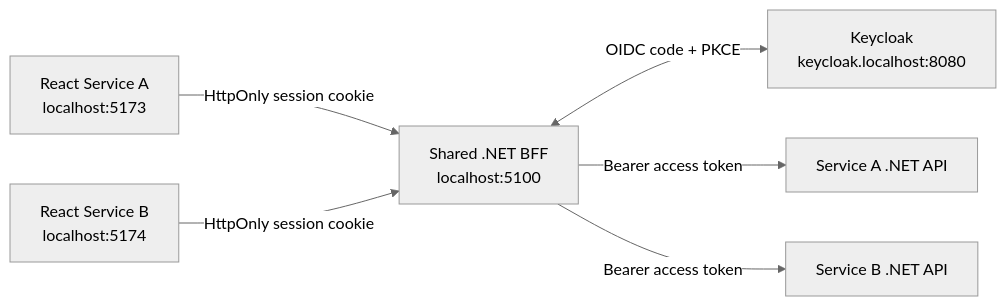
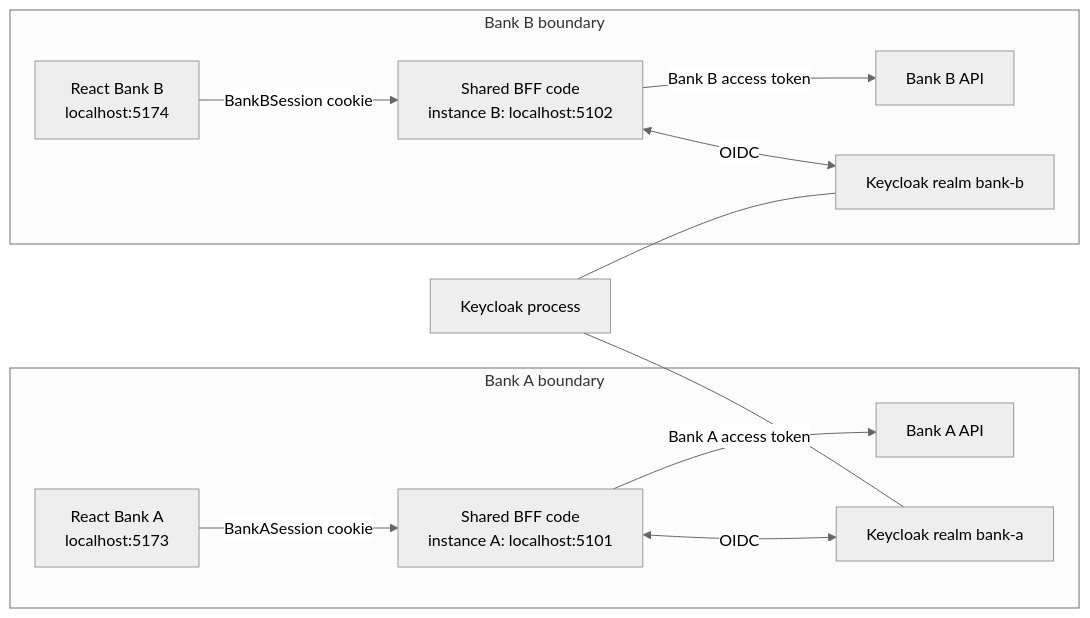
The diagram in README.md (Ankur-Winter/BillPay-BFF-Poc), drawn with Mermaid (neutral theme) before and after one commit. The commit also changed other lines of this file and 15 other files, not shown here.

Commit message:
Isolate Bank A and Bank B BFF sessions

```diff
--- a/README.md
+++ b/README.md
@@ -7,8 +7,16 @@
 ~~~mermaid
 flowchart LR
-  A["React Service A<br/>localhost:5173"] -->|"HttpOnly session cookie"| BFF["Shared .NET BFF<br/>localhost:5100"]
-  B["React Service B<br/>localhost:5174"] -->|"HttpOnly session cookie"| BFF
-  BFF <-->|"OIDC code + PKCE"| IDP["Keycloak<br/>keycloak.localhost:8080"]
-  BFF -->|"Bearer access token"| APIA["Service A .NET API"]
-  BFF -->|"Bearer access token"| APIB["Service B .NET API"]
+  subgraph A[Bank A boundary]
+    AWeb[React Bank A<br/>localhost:5173] -->|BankASession cookie| ABFF[Shared BFF code<br/>instance A: localhost:5101]
+    ABFF -->|Bank A access token| AAPI[Bank A API]
+    ABFF <-->|OIDC| AIdP[Keycloak realm bank-a]
+  end
+  subgraph B[Bank B boundary]
+    BWeb[React Bank B<br/>localhost:5174] -->|BankBSession cookie| BBFF[Shared BFF code<br/>instance B: localhost:5102]
+    BBFF -->|Bank B access token| BAPI[Bank B API]
+    BBFF <-->|OIDC| BIdP[Keycloak realm bank-b]
+  end
+  Keycloak[Keycloak process]
+  Keycloak --- AIdP
+  Keycloak --- BIdP
 ~~~
```
